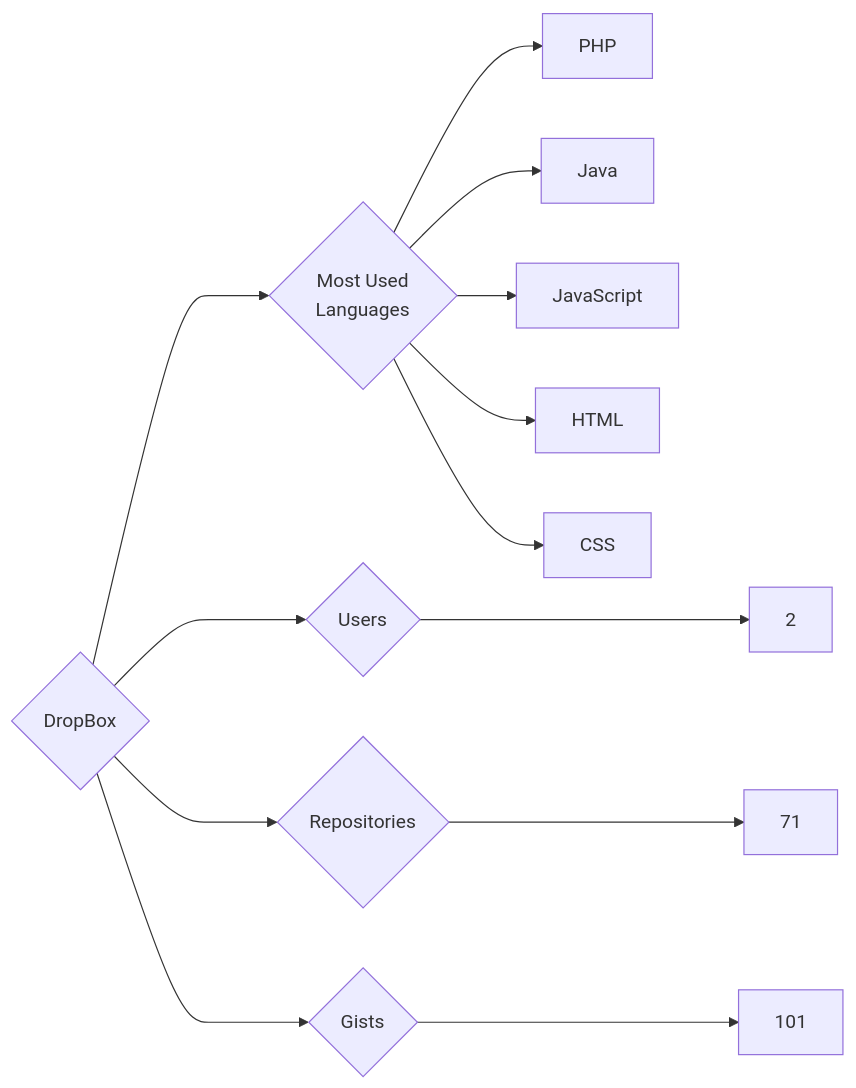
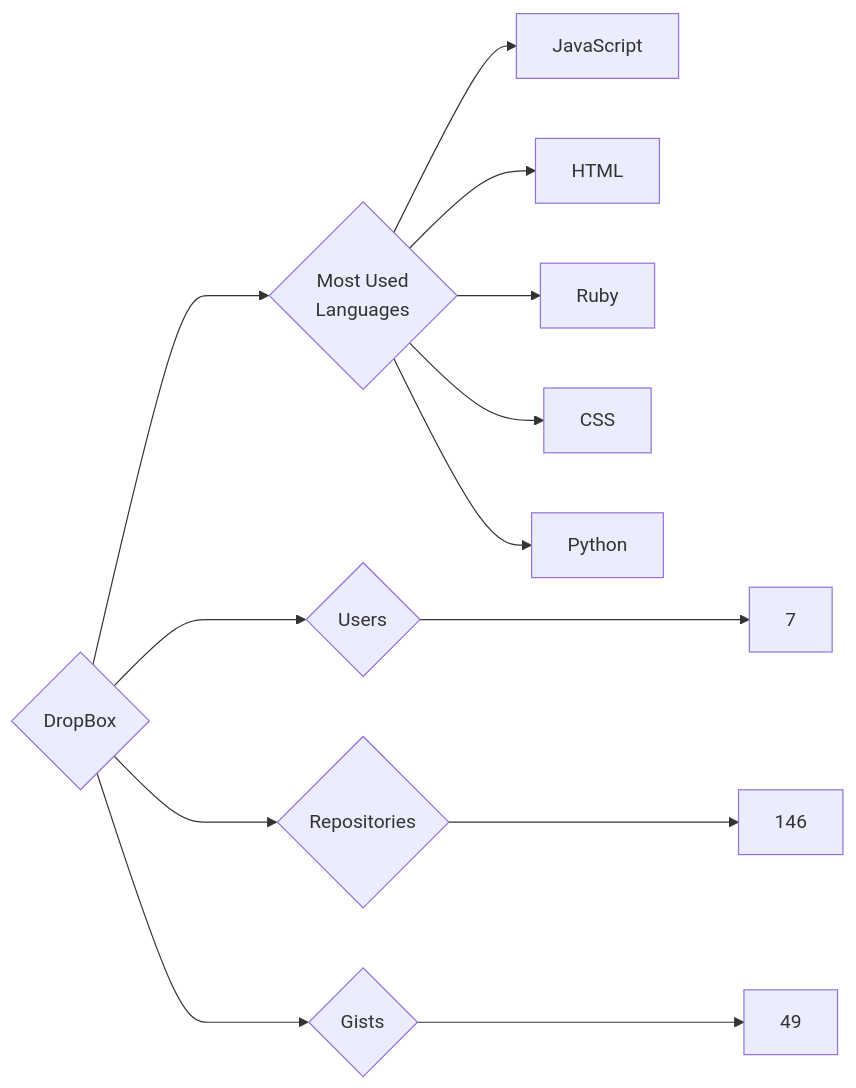
The diagram in targets/DropBox/README.md (trickest/insiders), drawn with Mermaid before and after one commit. The commit also changed 1003 other files, not shown here.

````diff
--- a/targets/DropBox/README.md
+++ b/targets/DropBox/README.md
@@ -3,13 +3,13 @@
 ```mermaid
 graph LR
 COMPANY_NAME{DropBox}
-COMPANY_NAME ---> U{Users} ---> UN[2]
-COMPANY_NAME ---> R{Repositories} ---> RN[71]
-COMPANY_NAME ---> G{Gists} ---> GN[101]
+COMPANY_NAME ---> U{Users} ---> UN[7]
+COMPANY_NAME ---> R{Repositories} ---> RN[146]
+COMPANY_NAME ---> G{Gists} ---> GN[49]
 COMPANY_NAME ---> ML{Most Used<br>Languages}
-ML --> PHP[PHP]
-ML --> Java[Java]
 ML --> JavaScript[JavaScript]
 ML --> HTML[HTML]
+ML --> Ruby[Ruby]
 ML --> CSS[CSS]
+ML --> Python[Python]
 ```
````
